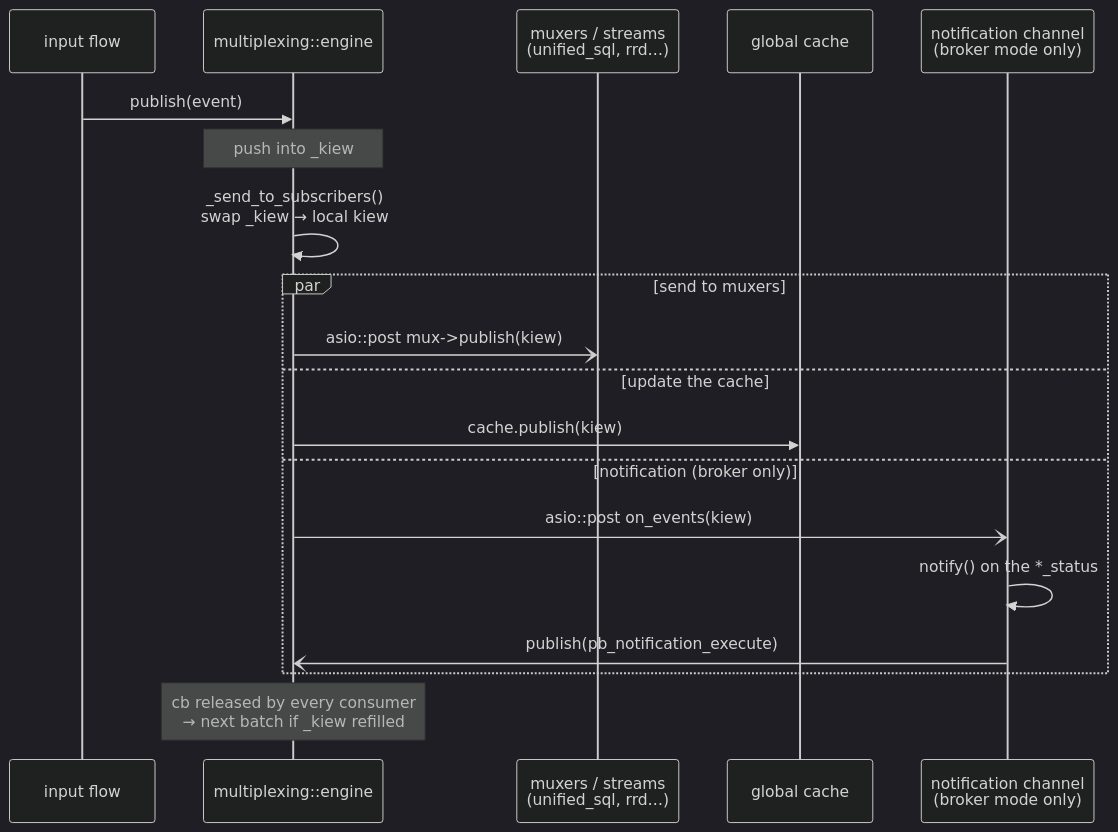
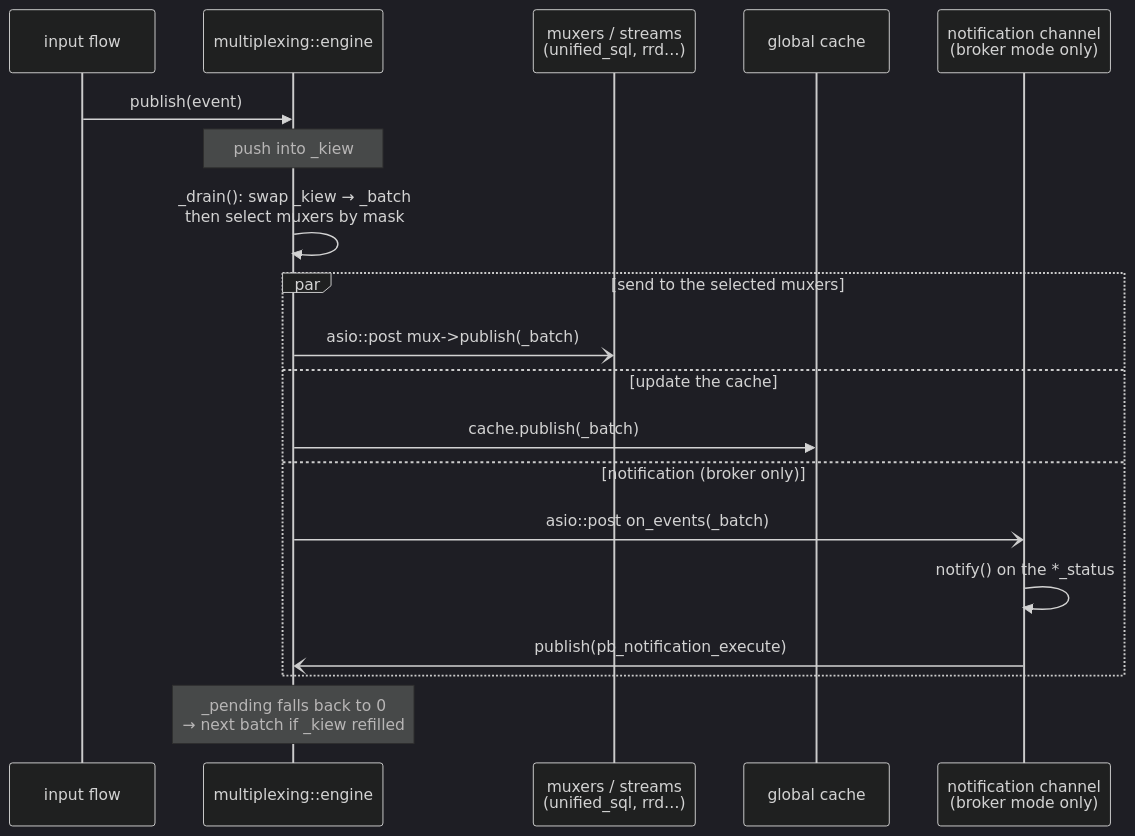
One commit to centreon/centreon-collect changed diagram 38 of 41 in doc/nego-engine-broker-en.md. Above: the diagram before and after it, drawn with Mermaid (dark theme). The commit also changed other lines of this file and 1 other file, not shown here.

````diff
--- a/doc/nego-engine-broker-en.md
+++ b/doc/nego-engine-broker-en.md
@@ -3060,21 +3060,21 @@
 ```mermaid
 sequenceDiagram
     participant IN as input flow
     participant E as multiplexing::engine
     participant MUX as muxers / streams<br/>(unified_sql, rrd…)
     participant CACHE as global cache
     participant NOTIF as notification channel<br/>(broker mode only)
     IN->>E: publish(event)
     Note over E: push into _kiew
-    E->>E: _send_to_subscribers()<br/>swap _kiew → local kiew
-    par send to muxers
-        E-)MUX: asio::post mux->publish(kiew)
+    E->>E: _drain(): swap _kiew → _batch<br/>then select muxers by mask
+    par send to the selected muxers
+        E-)MUX: asio::post mux->publish(_batch)
     and update the cache
-        E->>CACHE: cache.publish(kiew)
+        E->>CACHE: cache.publish(_batch)
     and notification (broker only)
-        E-)NOTIF: asio::post on_events(kiew)
+        E-)NOTIF: asio::post on_events(_batch)
         NOTIF->>NOTIF: notify() on the *_status
         NOTIF-)E: publish(pb_notification_execute)
     end
-    Note over E: cb released by every consumer<br/>→ next batch if _kiew refilled
+    Note over E: _pending falls back to 0<br/>→ next batch if _kiew refilled
 ```
````
